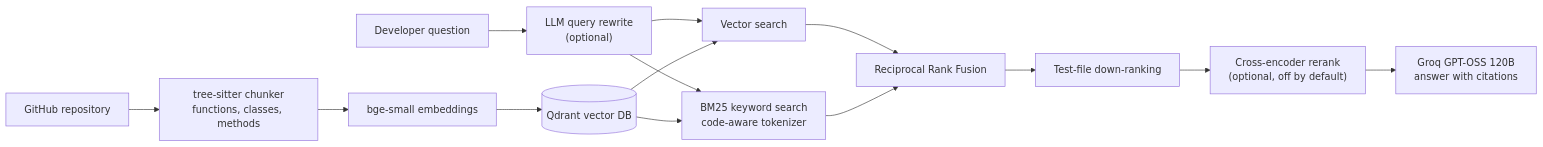
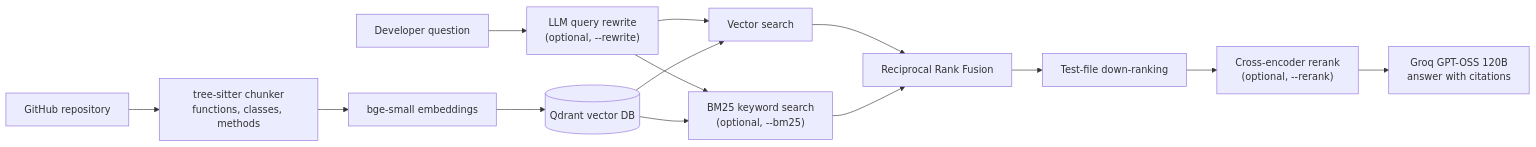
The diagram in README.md (Mulasreeja15/gitcontext), drawn with Mermaid before and after one commit. The commit also changed other lines of this file and 7 other files, not shown here.

Commit message:
Phase 3: 45-question eval, full ablation, vector + test down-ranking as default

````diff
--- a/README.md
+++ b/README.md
@@ -32,17 +40,17 @@
 ```mermaid
 flowchart LR
     A["GitHub repository"] --> B["tree-sitter chunker<br/>functions, classes, methods"]
     B --> C["bge-small embeddings"]
     C --> D[("Qdrant vector DB")]
 
-    Q["Developer question"] --> R["LLM query rewrite<br/>(optional)"]
+    Q["Developer question"] --> R["LLM query rewrite<br/>(optional, --rewrite)"]
     R --> V["Vector search"]
-    R --> K["BM25 keyword search<br/>code-aware tokenizer"]
+    R --> K["BM25 keyword search<br/>(optional, --bm25)"]
     D --> V
     D --> K
     V --> F["Reciprocal Rank Fusion"]
     K --> F
     F --> T["Test-file down-ranking"]
-    T --> X["Cross-encoder rerank<br/>(optional, off by default)"]
+    T --> X["Cross-encoder rerank<br/>(optional, --rerank)"]
     X --> L["Groq GPT-OSS 120B<br/>answer with citations"]
 ```
````
